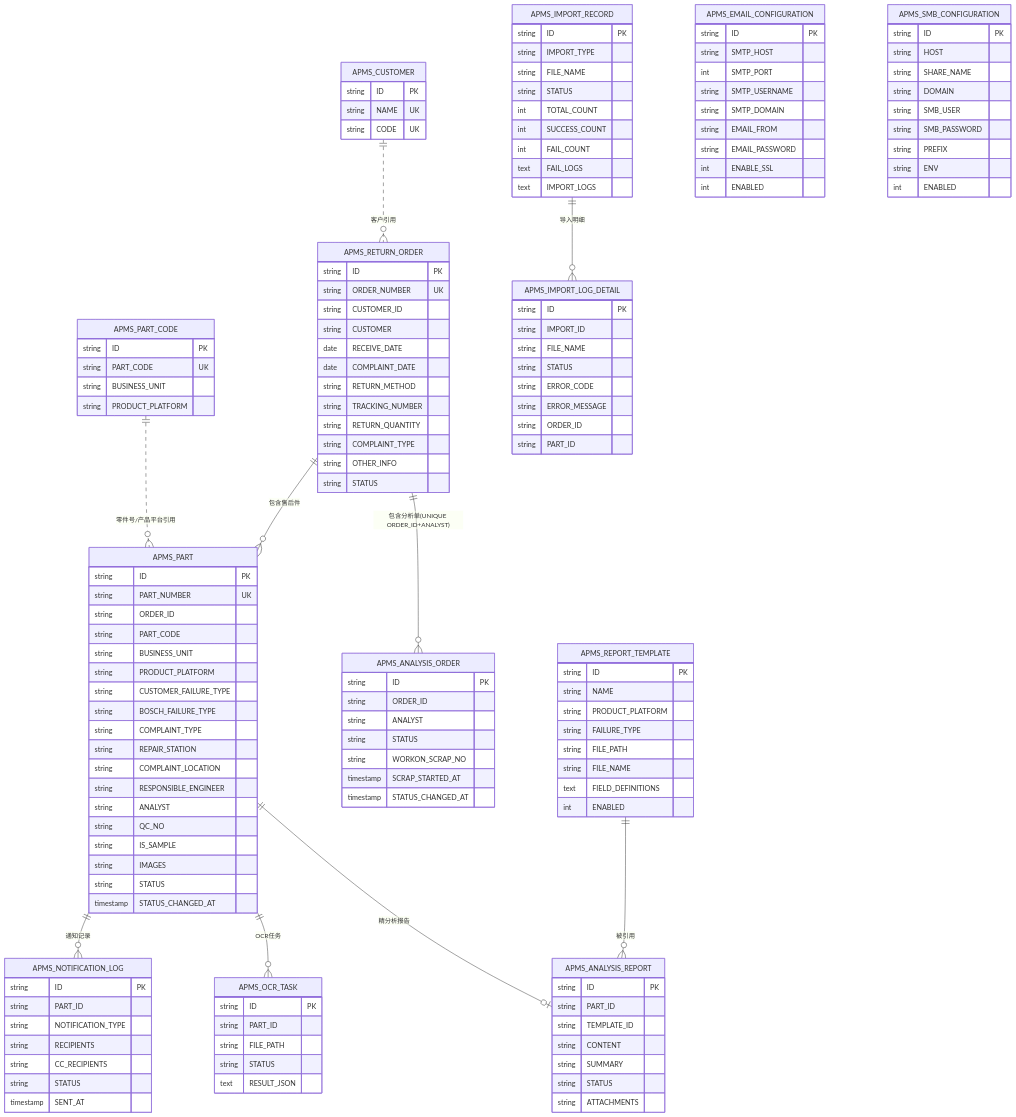
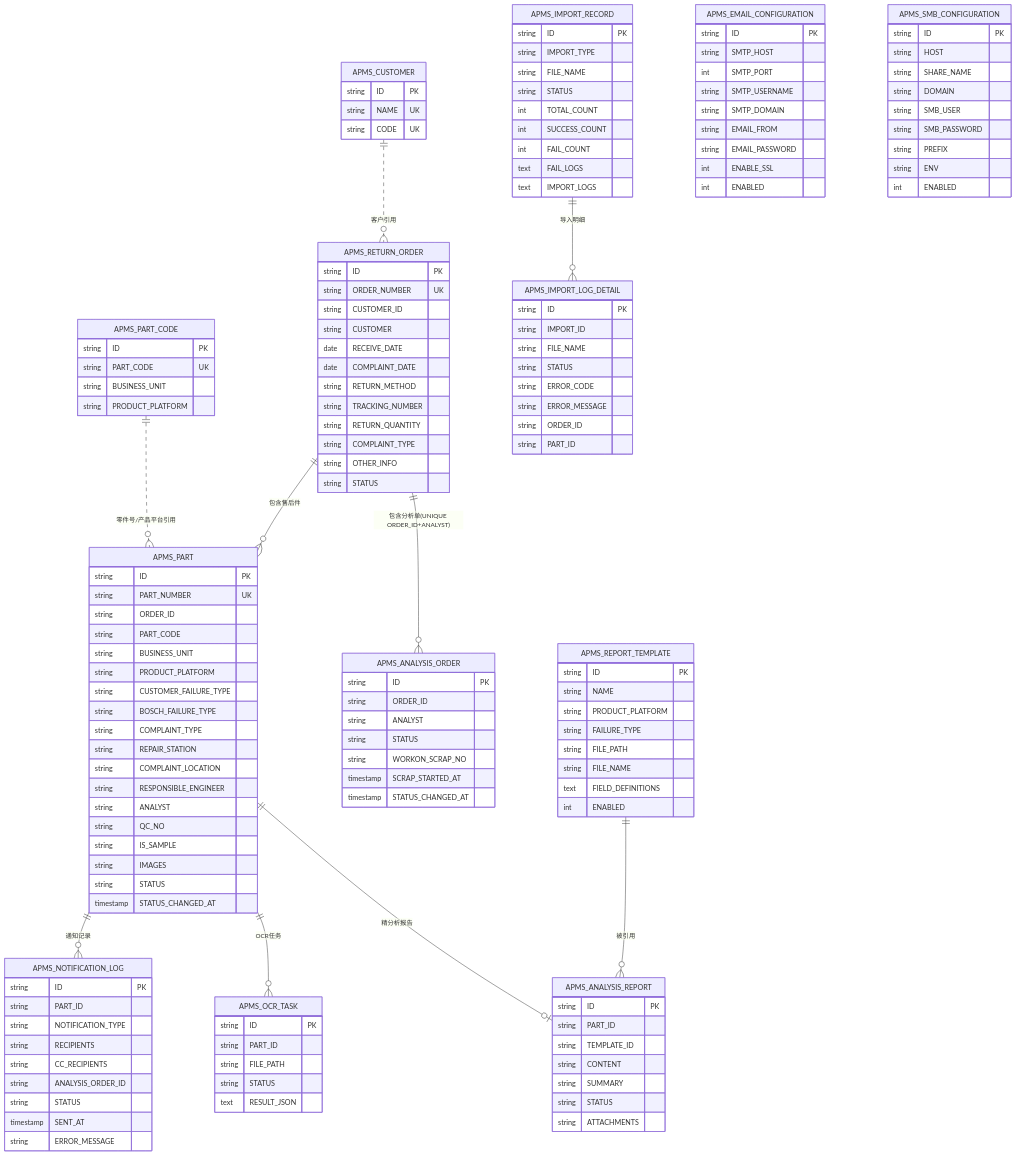
Diagram 16 of 16 in 01-设计文档/开发设计文档.md (xvfeiran/wfam-doc), drawn with Mermaid before and after one commit. The commit also changed other lines of this file and 4 other files, not shown here.

```diff
--- a/01-设计文档/开发设计文档.md
+++ b/01-设计文档/开发设计文档.md
@@ -1435,8 +1447,10 @@
         string NOTIFICATION_TYPE
         string RECIPIENTS
         string CC_RECIPIENTS
+        string ANALYSIS_ORDER_ID
         string STATUS
         timestamp SENT_AT
+        string ERROR_MESSAGE
     }
     APMS_EMAIL_CONFIGURATION {
         string ID PK
```
